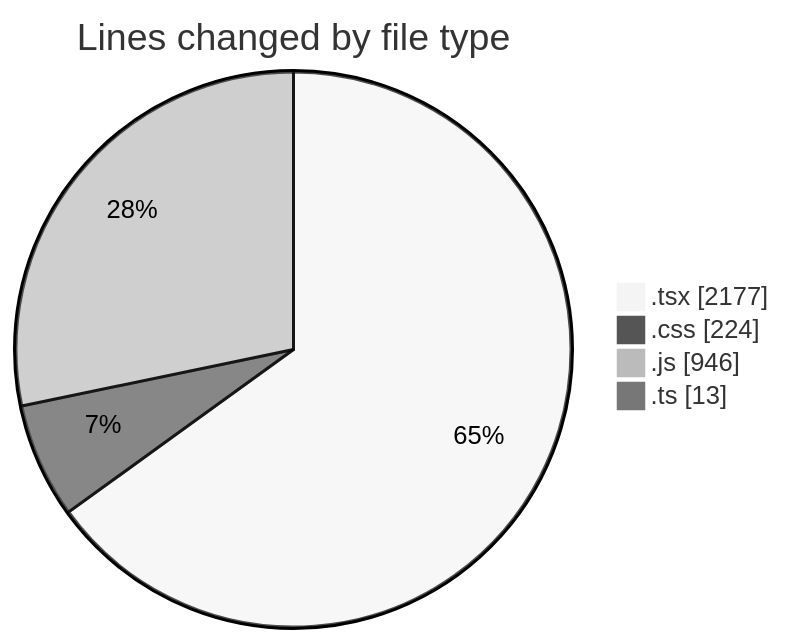
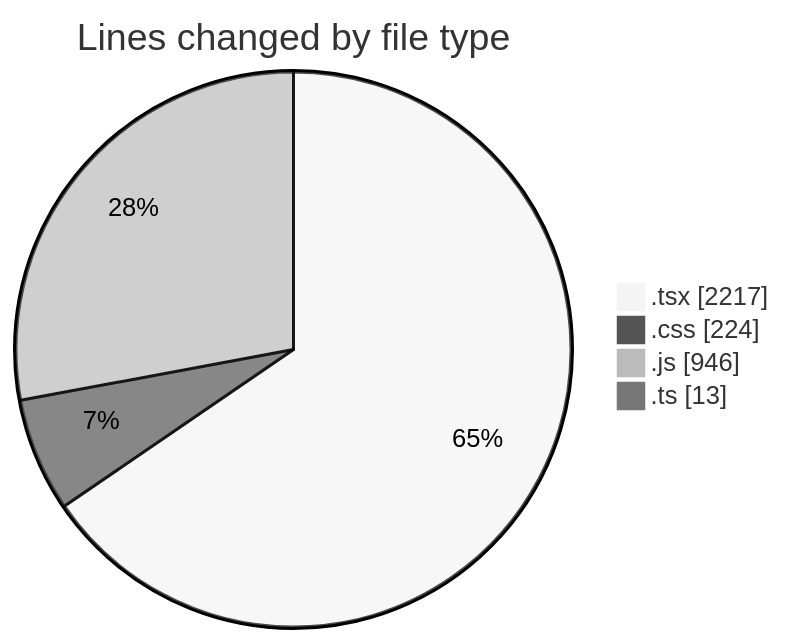
The first of 2 diagrams in 2025-04-22/indesign/README.md (Elitesun/code-tracking), drawn with Mermaid (neutral theme) before and after one commit. The commit also changed other lines of this file and 1 other file, not shown here.

````diff
--- a/2025-04-22/indesign/README.md
+++ b/2025-04-22/indesign/README.md
@@ -36,8 +36,8 @@
 ```mermaid
 pie showData
 title Lines changed by file type
-".tsx" : 2177
+".tsx" : 2217
 ".css" : 224
 ".js" : 946
 ".ts" : 13
 ```
````
